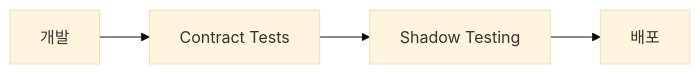
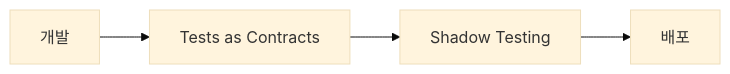
The second of 2 diagrams in website/src/content/docs/ko/stories/shadow-testing.mdx (kakao/actionbase), drawn with Mermaid (base theme) before and after one commit. The commit also changed other lines of this file and 7 other files, not shown here.

````diff
--- a/website/src/content/docs/ko/stories/shadow-testing.mdx
+++ b/website/src/content/docs/ko/stories/shadow-testing.mdx
@@ -45,6 +45,6 @@
 ```mermaid
 flowchart LR
-    Dev[개발] --> Contract[Contract Tests]
+    Dev[개발] --> Contract[Tests as Contracts]
     Contract --> Shadow[Shadow Testing]
     Shadow --> Deploy[배포]
 ```
````
